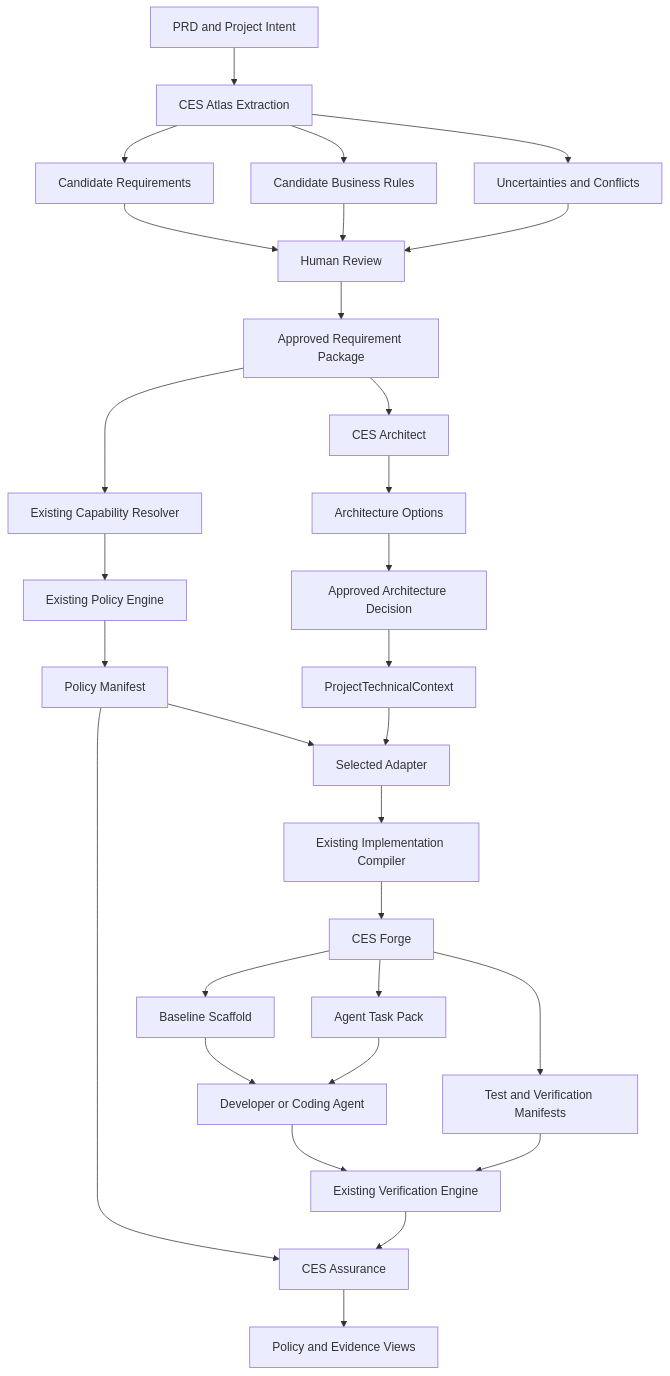
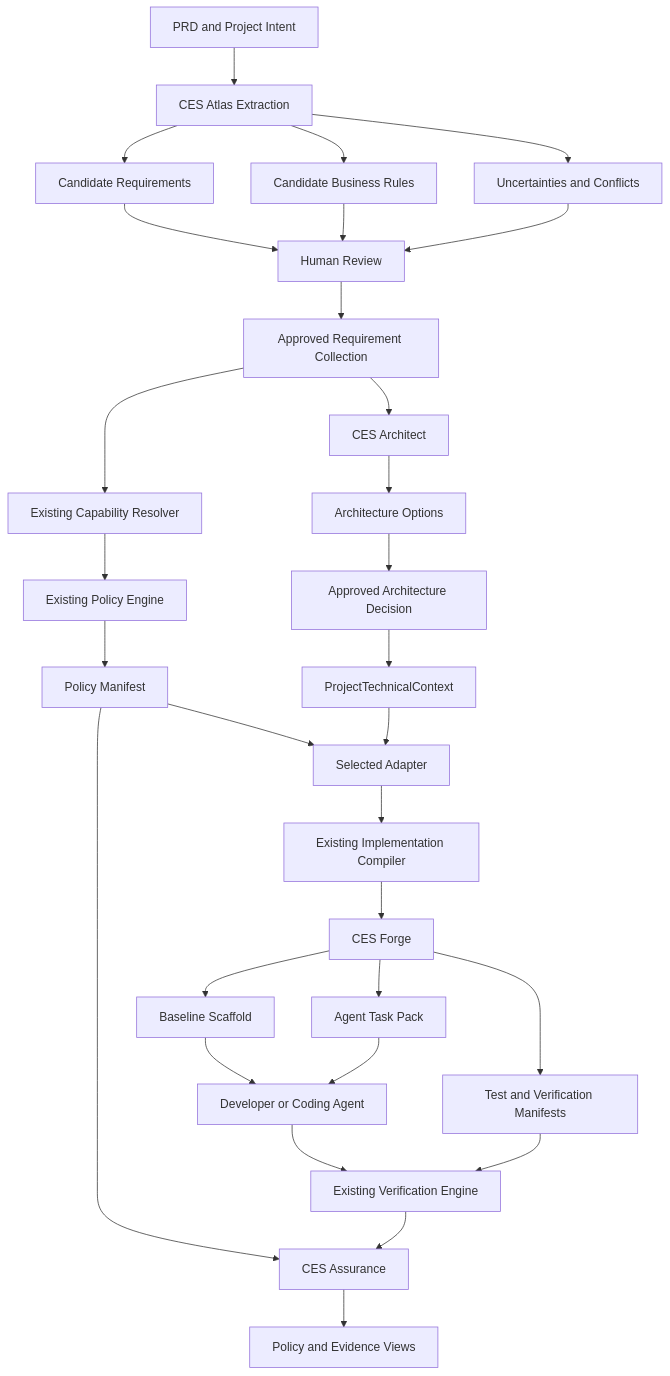
One commit to adityaa11/ces-platform changed the diagram in project's goal/CES_GREENFIELD_FOUR_END_PRODUCTS_CONTEXT.md. Above: the diagram before and after it, drawn with Mermaid. The commit also changed other lines of this file and 1 other file, not shown here.

Commit message:
docs: align Atlas collection outputs and validation wording

````diff
--- a/project's goal/CES_GREENFIELD_FOUR_END_PRODUCTS_CONTEXT.md
+++ b/project's goal/CES_GREENFIELD_FOUR_END_PRODUCTS_CONTEXT.md
@@ -238,38 +238,38 @@
 ```mermaid
 flowchart TD
     A[PRD and Project Intent] --> B[CES Atlas Extraction]
     B --> C[Candidate Requirements]
     B --> D[Candidate Business Rules]
     B --> E[Uncertainties and Conflicts]
 
     C --> F[Human Review]
     D --> F
     E --> F
 
-    F --> G[Approved Requirement Package]
+    F --> G[Approved Requirement Collection]
     G --> H[CES Architect]
     H --> I[Architecture Options]
     I --> J[Approved Architecture Decision]
     J --> K[ProjectTechnicalContext]
 
     G --> L[Existing Capability Resolver]
     L --> M[Existing Policy Engine]
     M --> N[Policy Manifest]
 
     N --> O[CES Assurance]
     O --> P[Policy and Evidence Views]
 
     N --> Q[Selected Adapter]
     K --> Q
     Q --> R[Existing Implementation Compiler]
     R --> S[CES Forge]
     S --> T[Baseline Scaffold]
     S --> U[Agent Task Pack]
     S --> V[Test and Verification Manifests]
 
     T --> W[Developer or Coding Agent]
     U --> W
     W --> X[Existing Verification Engine]
     V --> X
     X --> O
 ```
````
